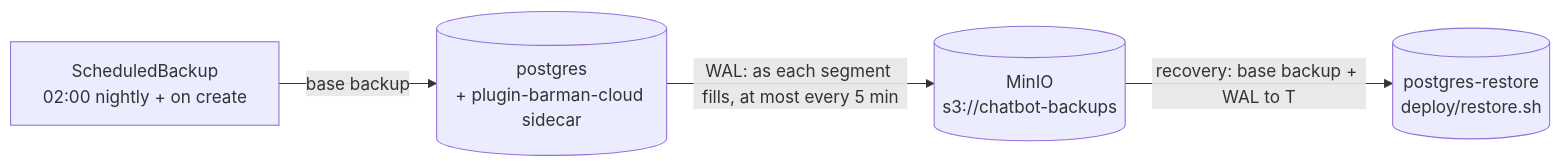
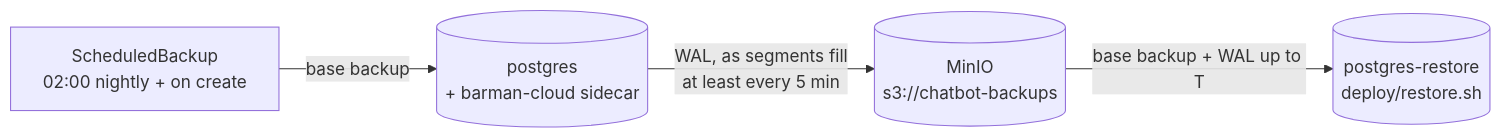
The seventh of 11 diagrams in docs/phase-9-reliability-deployment.md (Anirudh1905/agentic-ai-chatbot), drawn with Mermaid before and after one commit. The commit also changed other lines of this file and 25 other files, not shown here.

````diff
--- a/docs/phase-9-reliability-deployment.md
+++ b/docs/phase-9-reliability-deployment.md
@@ -276,6 +256,6 @@
 ```mermaid
 flowchart LR
-    PG[("postgres<br/>+ plugin-barman-cloud sidecar")] -->|"WAL: as each segment fills, at most every 5 min"| MinIO[("MinIO<br/>s3://chatbot-backups")]
+    PG[("postgres<br/>+ barman-cloud sidecar")] -->|"WAL, as segments fill<br/>at least every 5 min"| MinIO[("MinIO<br/>s3://chatbot-backups")]
     SB["ScheduledBackup<br/>02:00 nightly + on create"] -->|"base backup"| PG
-    MinIO -->|"recovery: base backup + WAL to T"| Copy[("postgres-restore<br/>deploy/restore.sh")]
+    MinIO -->|"base backup + WAL up to T"| Copy[("postgres-restore<br/>deploy/restore.sh")]
 ```
````
